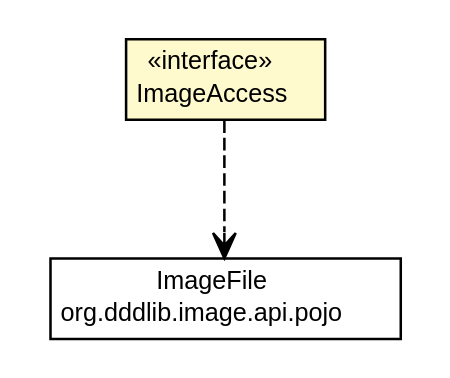
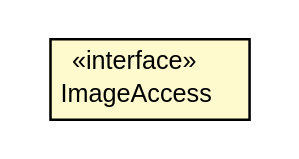
One commit to dayatang/dddlib changed the diagram in dddlib-image/dddlib-image-api/apidocs/org/dddlib/image/api/ImageAccess.dot. Above: the diagram before and after it, drawn with Graphviz. The commit also changed 64 other files, not shown here.

```diff
--- a/dddlib-image/dddlib-image-api/apidocs/org/dddlib/image/api/ImageAccess.dot
+++ b/dddlib-image/dddlib-image-api/apidocs/org/dddlib/image/api/ImageAccess.dot
@@ -1,28 +1,19 @@
 #!/usr/local/bin/dot
 #
 # Class diagram 
 # Generated by UMLGraph version R5_6_6-8-g8d7759 (http://www.umlgraph.org/)
 #
 
 digraph G {
 	edge [fontname="Helvetica",fontsize=10,labelfontname="Helvetica",labelfontsize=10];
 	node [fontname="Helvetica",fontsize=10,shape=plaintext];
 	nodesep=0.25;
 	ranksep=0.5;
 	// org.dddlib.image.api.ImageAccess
-	c7 [label=<<table title="org.dddlib.image.api.ImageAccess" border="0" cellborder="1" cellspacing="0" cellpadding="2" port="p" bgcolor="lemonChiffon" href="./ImageAccess.html">
+	c5 [label=<<table title="org.dddlib.image.api.ImageAccess" border="0" cellborder="1" cellspacing="0" cellpadding="2" port="p" bgcolor="lemonChiffon" href="./ImageAccess.html">
 		<tr><td><table border="0" cellspacing="0" cellpadding="1">
 <tr><td align="center" balign="center"> &#171;interface&#187; </td></tr>
 <tr><td align="center" balign="center"> ImageAccess </td></tr>
 		</table></td></tr>
 		</table>>, URL="./ImageAccess.html", fontname="Helvetica", fontcolor="black", fontsize=10.0];
-	// org.dddlib.image.api.pojo.ImageFile
-	c9 [label=<<table title="org.dddlib.image.api.pojo.ImageFile" border="0" cellborder="1" cellspacing="0" cellpadding="2" port="p" href="./pojo/ImageFile.html">
-		<tr><td><table border="0" cellspacing="0" cellpadding="1">
-<tr><td align="center" balign="center"> ImageFile </td></tr>
-<tr><td align="center" balign="center"> org.dddlib.image.api.pojo </td></tr>
-		</table></td></tr>
-		</table>>, URL="./pojo/ImageFile.html", fontname="Helvetica", fontcolor="black", fontsize=10.0];
-	// org.dddlib.image.api.ImageAccess DEPEND org.dddlib.image.api.pojo.ImageFile
-	c7:p -> c9:p [taillabel="", label=" "headlabel="", fontname="Helvetica", fontcolor="black", fontsize=10.0, color="black", arrowhead=open, style=dashed];
 }
```
